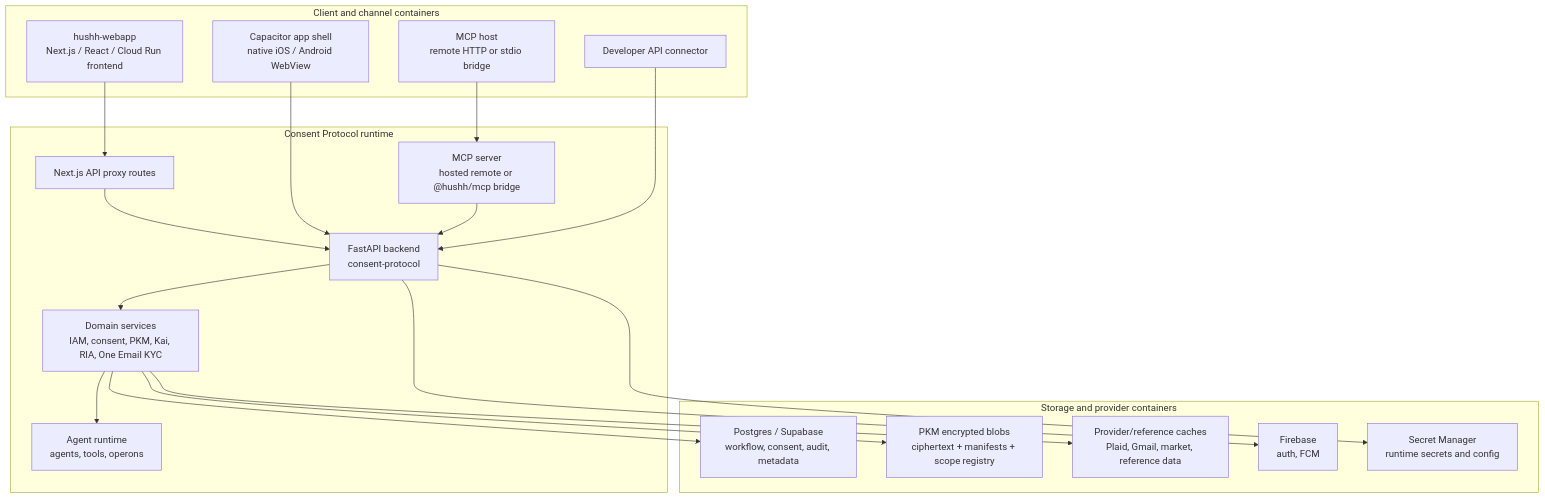
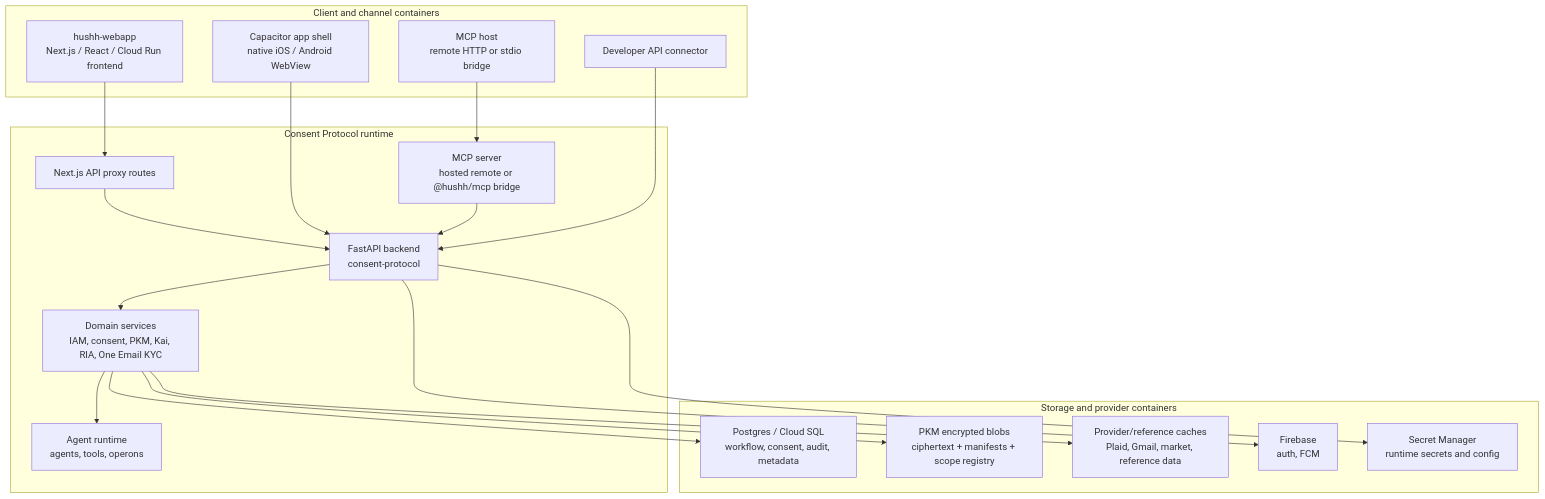
The fourth of 11 diagrams in docs/reference/architecture/architecture-view-catalog.md (hushh-labs/hushh-research), drawn with Mermaid before and after one commit. The commit also changed other lines of this file and 82 other files, not shown here.

First line of the commit message:
feat(prod): move production onto Cloud SQL and remove Supabase entirely

````diff
--- a/docs/reference/architecture/architecture-view-catalog.md
+++ b/docs/reference/architecture/architecture-view-catalog.md
@@ -166,38 +166,38 @@
 ```mermaid
 flowchart TB
   subgraph clients["Client and channel containers"]
     web["hushh-webapp<br/>Next.js / React / Cloud Run frontend"]
     mobile["Capacitor app shell<br/>native iOS / Android WebView"]
     mcpClient["MCP host<br/>remote HTTP or stdio bridge"]
     devClient["Developer API connector"]
   end
 
   subgraph backend["Consent Protocol runtime"]
     nextProxy["Next.js API proxy routes"]
     fastapi["FastAPI backend<br/>consent-protocol"]
     mcpServer["MCP server<br/>hosted remote or @hushh/mcp bridge"]
     domainServices["Domain services<br/>IAM, consent, PKM, Kai, RIA, One Email KYC"]
     agents["Agent runtime<br/>agents, tools, operons"]
   end
 
   subgraph data["Storage and provider containers"]
-    relational["Postgres / Supabase<br/>workflow, consent, audit, metadata"]
+    relational["Postgres / Cloud SQL<br/>workflow, consent, audit, metadata"]
     encrypted["PKM encrypted blobs<br/>ciphertext + manifests + scope registry"]
     cache["Provider/reference caches<br/>Plaid, Gmail, market, reference data"]
     firebase["Firebase<br/>auth, FCM"]
     secrets["Secret Manager<br/>runtime secrets and config"]
   end
 
   web --> nextProxy --> fastapi
   mobile --> fastapi
   mcpClient --> mcpServer --> fastapi
   devClient --> fastapi
 
   fastapi --> domainServices
   domainServices --> agents
   domainServices --> relational
   domainServices --> encrypted
   domainServices --> cache
   fastapi --> firebase
   fastapi --> secrets
 ```
````
